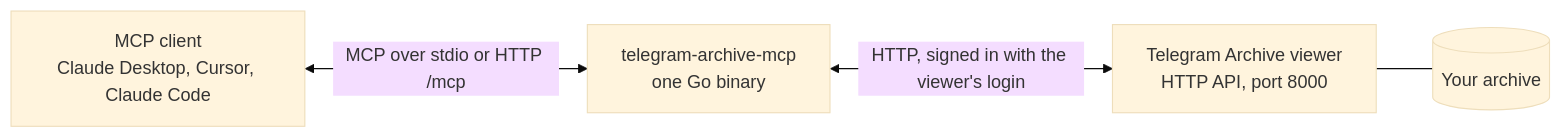
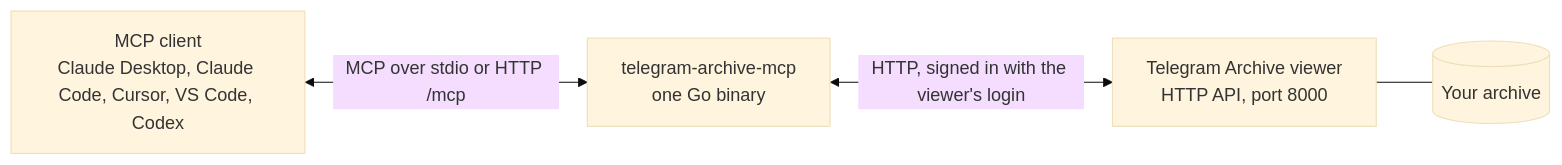
The diagram in docs/index.md (GeiserX/telegram-archive-mcp), drawn with Mermaid (base theme) before and after one commit. The commit also changed other lines of this file and 49 other files, not shown here.

````diff
--- a/docs/index.md
+++ b/docs/index.md
@@ -66,10 +64,10 @@
 ```mermaid
 flowchart LR
-    C[MCP client<br/>Claude Desktop, Cursor, Claude Code]
+    C[MCP client<br/>Claude Desktop, Claude Code, Cursor, VS Code, Codex]
     S[telegram-archive-mcp<br/>one Go binary]
     V[Telegram Archive viewer<br/>HTTP API, port 8000]
     A[(Your archive)]
     C <-->|MCP over stdio or HTTP /mcp| S
     S <-->|HTTP, signed in with the viewer's login| V
     V --- A
 ```
````
